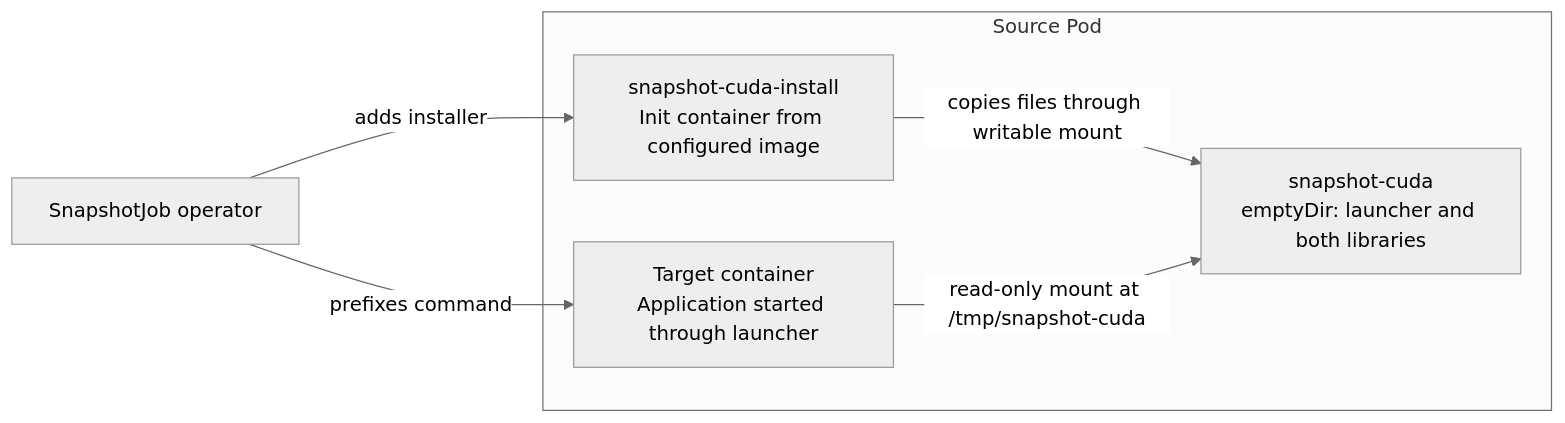
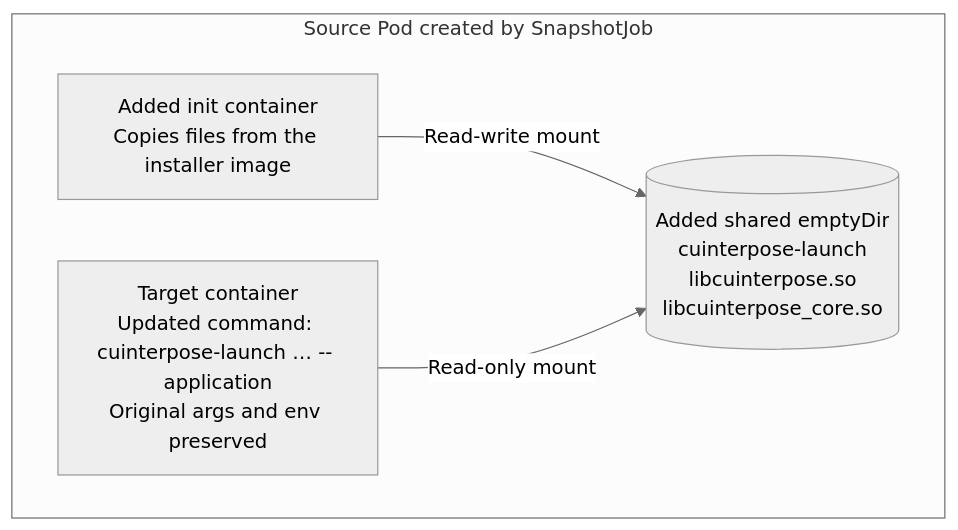
One commit to sheetal104/snapshot changed diagram 11 of 11 in docs/proposals/295-cuinterpose/README.md. Above: the diagram before and after it, drawn with Mermaid (neutral theme). The commit also changed other lines of this file, not shown here.

Commit message:
docs(cuinterpose): simplify SnapshotJob Pod diagram

````diff
--- a/docs/proposals/295-cuinterpose/README.md
+++ b/docs/proposals/295-cuinterpose/README.md
@@ -755,13 +756,10 @@
 ```mermaid
-flowchart LR
-    O["SnapshotJob operator"]
-    subgraph P["Source Pod"]
-        I["snapshot-cuda-install<br/>Init container from configured image"]
-        V["snapshot-cuda<br/>emptyDir: launcher and both libraries"]
-        T["Target container<br/>Application started through launcher"]
-        I -->|"copies files through writable mount"| V
-        T -->|"read-only mount at /tmp/snapshot-cuda"| V
+flowchart TB
+    subgraph P["Source Pod created by SnapshotJob"]
+        I["Added init container<br/>Copies files from the installer image"]
+        T["Target container<br/>Updated command: cuinterpose-launch … -- application<br/>Original args and env preserved"]
+        V[("Added shared emptyDir<br/>cuinterpose-launch<br/>libcuinterpose.so<br/>libcuinterpose_core.so")]
+        I -->|"Read-write mount"| V
+        T -->|"Read-only mount"| V
     end
-    O -->|"adds installer"| I
-    O -->|"prefixes command"| T
 ```
````
